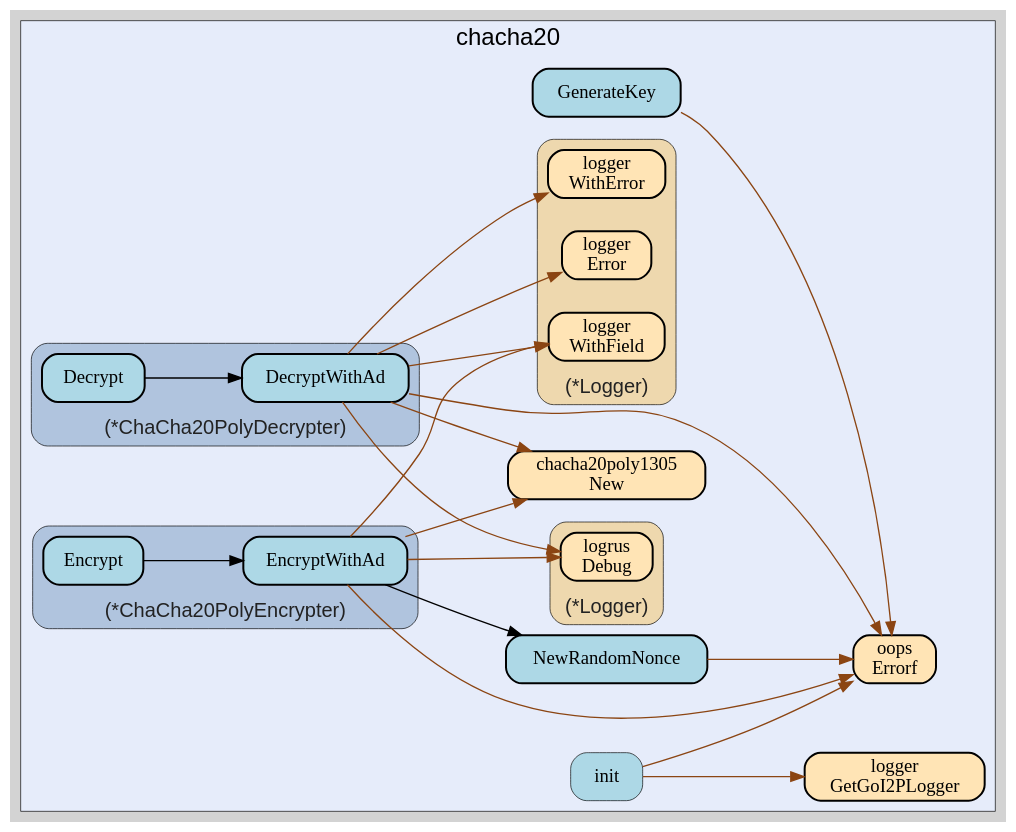
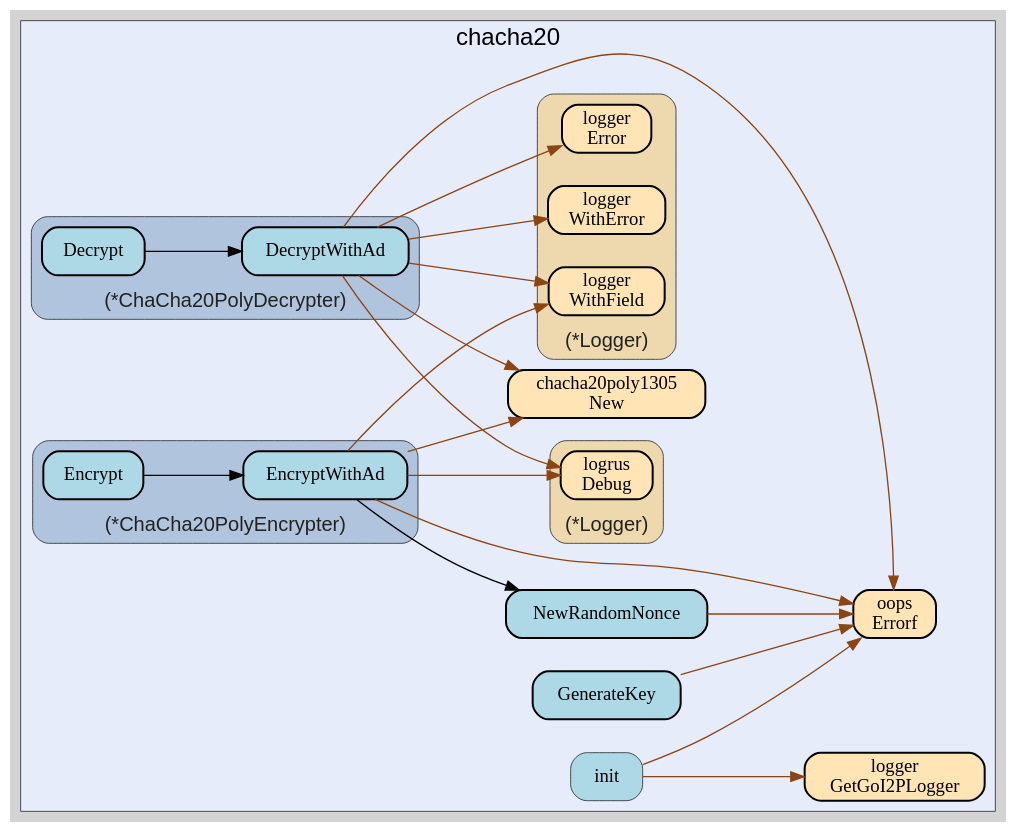
One commit to go-i2p/crypto changed the diagram in chacha20/chacha20.gv. Above: the diagram before and after it, drawn with Graphviz. The commit also changed 21 other files, not shown here.

```diff
--- a/chacha20/chacha20.gv
+++ b/chacha20/chacha20.gv
@@ -14,96 +14,96 @@
     edge [minlen="2"]
 
     subgraph "cluster_focus" {
-        bgcolor="#e6ecfa";
+        fontsize="18";
+bgcolor="#e6ecfa";
 label="chacha20";
 labelloc="t";
 labeljust="c";
-fontsize="18";
         
-        "golang.org/x/crypto/chacha20poly1305.New" [ penwidth="1.5" tooltip="golang.org/x/crypto/chacha20poly1305.New | defined in chacha20poly1305.go:40" fillcolor="moccasin" label="chacha20poly1305\nNew" ]
+        "golang.org/x/crypto/chacha20poly1305.New" [ fillcolor="moccasin" label="chacha20poly1305\nNew" penwidth="1.5" tooltip="golang.org/x/crypto/chacha20poly1305.New | defined in chacha20poly1305.go:40" ]
         "github.com/samber/oops.Errorf" [ fillcolor="moccasin" label="oops\nErrorf" penwidth="1.5" tooltip="github.com/samber/oops.Errorf | defined in oops.go:34" ]
-        "github.com/go-i2p/crypto/chacha20.NewRandomNonce" [ fillcolor="lightblue" label="NewRandomNonce" penwidth="1.5" tooltip="github.com/go-i2p/crypto/chacha20.NewRandomNonce | defined in utils.go:13\nat utils.go:17: calling [github.com/samber/oops.Errorf]" ]
-        "github.com/go-i2p/crypto/chacha20.GenerateKey" [ tooltip="github.com/go-i2p/crypto/chacha20.GenerateKey | defined in chacha20_key.go:12\nat chacha20_key.go:16: calling [github.com/samber/oops.Errorf]" fillcolor="lightblue" label="GenerateKey" penwidth="1.5" ]
-        "github.com/go-i2p/crypto/chacha20.init" [ label="init" penwidth="0.5" tooltip="github.com/go-i2p/crypto/chacha20.init | defined in .:0\nat constants.go:23: calling [github.com/samber/oops.Errorf]\nat constants.go:24: calling [github.com/samber/oops.Errorf]\nat constants.go:25: calling [github.com/samber/oops.Errorf]\nat constants.go:26: calling [github.com/samber/oops.Errorf]\nat constants.go:27: calling [github.com/samber/oops.Errorf]\nat constants.go:10: calling [github.com/go-i2p/logger.GetGoI2PLogger]" fillcolor="lightblue" ]
-        "github.com/go-i2p/logger.GetGoI2PLogger" [ fillcolor="moccasin" label="logger\nGetGoI2PLogger" penwidth="1.5" tooltip="github.com/go-i2p/logger.GetGoI2PLogger | defined in log.go:120" ]
+        "github.com/go-i2p/crypto/chacha20.NewRandomNonce" [ tooltip="github.com/go-i2p/crypto/chacha20.NewRandomNonce | defined in utils.go:13\nat utils.go:17: calling [github.com/samber/oops.Errorf]" fillcolor="lightblue" label="NewRandomNonce" penwidth="1.5" ]
+        "github.com/go-i2p/crypto/chacha20.init" [ fillcolor="lightblue" label="init" penwidth="0.5" tooltip="github.com/go-i2p/crypto/chacha20.init | defined in .:0\nat constants.go:10: calling [github.com/go-i2p/logger.GetGoI2PLogger]\nat constants.go:23: calling [github.com/samber/oops.Errorf]\nat constants.go:24: calling [github.com/samber/oops.Errorf]\nat constants.go:25: calling [github.com/samber/oops.Errorf]\nat constants.go:26: calling [github.com/samber/oops.Errorf]\nat constants.go:27: calling [github.com/samber/oops.Errorf]" ]
+        "github.com/go-i2p/logger.GetGoI2PLogger" [ tooltip="github.com/go-i2p/logger.GetGoI2PLogger | defined in log.go:120" fillcolor="moccasin" label="logger\nGetGoI2PLogger" penwidth="1.5" ]
+        "github.com/go-i2p/crypto/chacha20.GenerateKey" [ fillcolor="lightblue" label="GenerateKey" penwidth="1.5" tooltip="github.com/go-i2p/crypto/chacha20.GenerateKey | defined in chacha20_key.go:12\nat chacha20_key.go:16: calling [github.com/samber/oops.Errorf]" ]
         
         subgraph "cluster_*github.com/go-i2p/crypto/chacha20.ChaCha20PolyDecrypter" {
-        penwidth="0.5";
+        label="(*ChaCha20PolyDecrypter)";
+tooltip="type: *github.com/go-i2p/crypto/chacha20.ChaCha20PolyDecrypter";
 fontsize="15";
 fontcolor="#222222";
+fillcolor="lightsteelblue";
+penwidth="0.5";
+labelloc="b";
 style="rounded,filled";
-tooltip="type: *github.com/go-i2p/crypto/chacha20.ChaCha20PolyDecrypter";
-labelloc="b";
-fillcolor="lightsteelblue";
-label="(*ChaCha20PolyDecrypter)";
         
-        "(*github.com/go-i2p/crypto/chacha20.ChaCha20PolyDecrypter).DecryptWithAd" [ penwidth="1.5" tooltip="(*github.com/go-i2p/crypto/chacha20.ChaCha20PolyDecrypter).DecryptWithAd | defined in chacha20_decrypter.go:20\nat chacha20_decrypter.go:21: calling [(*github.com/sirupsen/logrus.Logger).Debug]\nat chacha20_decrypter.go:45: calling [(*github.com/sirupsen/logrus.Logger).Debug]\nat chacha20_decrypter.go:25: calling [github.com/samber/oops.Errorf]\nat chacha20_decrypter.go:31: calling [github.com/samber/oops.Errorf]\nat chacha20_decrypter.go:21: calling [(*github.com/go-i2p/logger.Logger).WithField]\nat chacha20_decrypter.go:45: calling [(*github.com/go-i2p/logger.Logger).WithField]\nat chacha20_decrypter.go:29: calling [golang.org/x/crypto/chacha20poly1305.New]\nat chacha20_decrypter.go:41: calling [(*github.com/go-i2p/logger.Logger).WithError]\nat chacha20_decrypter.go:41: calling [(*github.com/go-i2p/logger.Logger).Error]" fillcolor="lightblue" label="DecryptWithAd" ]
-        "(*github.com/go-i2p/crypto/chacha20.ChaCha20PolyDecrypter).Decrypt" [ tooltip="(*github.com/go-i2p/crypto/chacha20.ChaCha20PolyDecrypter).Decrypt | defined in chacha20_decrypter.go:15\nat chacha20_decrypter.go:16: calling [(*github.com/go-i2p/crypto/chacha20.ChaCha20PolyDecrypter).DecryptWithAd]" fillcolor="lightblue" label="Decrypt" penwidth="1.5" ]
+        "(*github.com/go-i2p/crypto/chacha20.ChaCha20PolyDecrypter).DecryptWithAd" [ label="DecryptWithAd" penwidth="1.5" tooltip="(*github.com/go-i2p/crypto/chacha20.ChaCha20PolyDecrypter).DecryptWithAd | defined in chacha20_decrypter.go:20\nat chacha20_decrypter.go:21: calling [(*github.com/go-i2p/logger.Logger).WithField]\nat chacha20_decrypter.go:45: calling [(*github.com/go-i2p/logger.Logger).WithField]\nat chacha20_decrypter.go:29: calling [golang.org/x/crypto/chacha20poly1305.New]\nat chacha20_decrypter.go:41: calling [(*github.com/go-i2p/logger.Logger).WithError]\nat chacha20_decrypter.go:25: calling [github.com/samber/oops.Errorf]\nat chacha20_decrypter.go:31: calling [github.com/samber/oops.Errorf]\nat chacha20_decrypter.go:41: calling [(*github.com/go-i2p/logger.Logger).Error]\nat chacha20_decrypter.go:21: calling [(*github.com/sirupsen/logrus.Logger).Debug]\nat chacha20_decrypter.go:45: calling [(*github.com/sirupsen/logrus.Logger).Debug]" fillcolor="lightblue" ]
+        "(*github.com/go-i2p/crypto/chacha20.ChaCha20PolyDecrypter).Decrypt" [ penwidth="1.5" tooltip="(*github.com/go-i2p/crypto/chacha20.ChaCha20PolyDecrypter).Decrypt | defined in chacha20_decrypter.go:15\nat chacha20_decrypter.go:16: calling [(*github.com/go-i2p/crypto/chacha20.ChaCha20PolyDecrypter).DecryptWithAd]" fillcolor="lightblue" label="Decrypt" ]
         
     }
 
         subgraph "cluster_*github.com/go-i2p/crypto/chacha20.ChaCha20PolyEncrypter" {
         penwidth="0.5";
 fontsize="15";
+fontcolor="#222222";
+label="(*ChaCha20PolyEncrypter)";
 labelloc="b";
-label="(*ChaCha20PolyEncrypter)";
-fontcolor="#222222";
 style="rounded,filled";
 fillcolor="lightsteelblue";
 tooltip="type: *github.com/go-i2p/crypto/chacha20.ChaCha20PolyEncrypter";
         
-        "(*github.com/go-i2p/crypto/chacha20.ChaCha20PolyEncrypter).EncryptWithAd" [ fillcolor="lightblue" label="EncryptWithAd" penwidth="1.5" tooltip="(*github.com/go-i2p/crypto/chacha20.ChaCha20PolyEncrypter).EncryptWithAd | defined in chacha20_encrypter.go:21\nat chacha20_encrypter.go:27: calling [github.com/samber/oops.Errorf]\nat chacha20_encrypter.go:31: calling [github.com/go-i2p/crypto/chacha20.NewRandomNonce]\nat chacha20_encrypter.go:22: calling [(*github.com/go-i2p/logger.Logger).WithField]\nat chacha20_encrypter.go:44: calling [(*github.com/go-i2p/logger.Logger).WithField]\nat chacha20_encrypter.go:25: calling [golang.org/x/crypto/chacha20poly1305.New]\nat chacha20_encrypter.go:22: calling [(*github.com/sirupsen/logrus.Logger).Debug]\nat chacha20_encrypter.go:44: calling [(*github.com/sirupsen/logrus.Logger).Debug]" ]
+        "(*github.com/go-i2p/crypto/chacha20.ChaCha20PolyEncrypter).EncryptWithAd" [ penwidth="1.5" tooltip="(*github.com/go-i2p/crypto/chacha20.ChaCha20PolyEncrypter).EncryptWithAd | defined in chacha20_encrypter.go:21\nat chacha20_encrypter.go:25: calling [golang.org/x/crypto/chacha20poly1305.New]\nat chacha20_encrypter.go:22: calling [(*github.com/go-i2p/logger.Logger).WithField]\nat chacha20_encrypter.go:44: calling [(*github.com/go-i2p/logger.Logger).WithField]\nat chacha20_encrypter.go:22: calling [(*github.com/sirupsen/logrus.Logger).Debug]\nat chacha20_encrypter.go:44: calling [(*github.com/sirupsen/logrus.Logger).Debug]\nat chacha20_encrypter.go:27: calling [github.com/samber/oops.Errorf]\nat chacha20_encrypter.go:31: calling [github.com/go-i2p/crypto/chacha20.NewRandomNonce]" fillcolor="lightblue" label="EncryptWithAd" ]
         "(*github.com/go-i2p/crypto/chacha20.ChaCha20PolyEncrypter).Encrypt" [ fillcolor="lightblue" label="Encrypt" penwidth="1.5" tooltip="(*github.com/go-i2p/crypto/chacha20.ChaCha20PolyEncrypter).Encrypt | defined in chacha20_encrypter.go:15\nat chacha20_encrypter.go:16: calling [(*github.com/go-i2p/crypto/chacha20.ChaCha20PolyEncrypter).EncryptWithAd]" ]
         
     }
 
         subgraph "cluster_*github.com/go-i2p/logger.Logger" {
-        style="rounded,filled";
-fillcolor="wheat2";
+        fillcolor="wheat2";
 label="(*Logger)";
 tooltip="type: *github.com/go-i2p/logger.Logger";
 penwidth="0.5";
 fontsize="15";
 fontcolor="#222222";
 labelloc="b";
+style="rounded,filled";
         
-        "(*github.com/go-i2p/logger.Logger).WithField" [ label="logger\nWithField" penwidth="1.5" tooltip="(*github.com/go-i2p/logger.Logger).WithField | defined in log.go:54" fillcolor="moccasin" ]
-        "(*github.com/go-i2p/logger.Logger).WithError" [ penwidth="1.5" tooltip="(*github.com/go-i2p/logger.Logger).WithError | defined in log.go:66" fillcolor="moccasin" label="logger\nWithError" ]
+        "(*github.com/go-i2p/logger.Logger).WithField" [ fillcolor="moccasin" label="logger\nWithField" penwidth="1.5" tooltip="(*github.com/go-i2p/logger.Logger).WithField | defined in log.go:54" ]
+        "(*github.com/go-i2p/logger.Logger).WithError" [ fillcolor="moccasin" label="logger\nWithError" penwidth="1.5" tooltip="(*github.com/go-i2p/logger.Logger).WithError | defined in log.go:66" ]
         "(*github.com/go-i2p/logger.Logger).Error" [ fillcolor="moccasin" label="logger\nError" penwidth="1.5" tooltip="(*github.com/go-i2p/logger.Logger).Error | defined in log.go:42" ]
         
     }
 
         subgraph "cluster_*github.com/sirupsen/logrus.Logger" {
-        label="(*Logger)";
-tooltip="type: *github.com/sirupsen/logrus.Logger";
-penwidth="0.5";
-fontsize="15";
+        fontsize="15";
 fontcolor="#222222";
 labelloc="b";
 style="rounded,filled";
 fillcolor="wheat2";
+label="(*Logger)";
+tooltip="type: *github.com/sirupsen/logrus.Logger";
+penwidth="0.5";
         
-        "(*github.com/sirupsen/logrus.Logger).Debug" [ label="logrus\nDebug" penwidth="1.5" tooltip="(*github.com/sirupsen/logrus.Logger).Debug | defined in logger.go:221" fillcolor="moccasin" ]
+        "(*github.com/sirupsen/logrus.Logger).Debug" [ tooltip="(*github.com/sirupsen/logrus.Logger).Debug | defined in logger.go:221" fillcolor="moccasin" label="logrus\nDebug" penwidth="1.5" ]
         
     }
 
     }
 
-    "(*github.com/go-i2p/crypto/chacha20.ChaCha20PolyDecrypter).DecryptWithAd" -> "(*github.com/sirupsen/logrus.Logger).Debug" [ color="saddlebrown" tooltip="at chacha20_decrypter.go:21: calling [(*github.com/sirupsen/logrus.Logger).Debug]\nat chacha20_decrypter.go:45: calling [(*github.com/sirupsen/logrus.Logger).Debug]" ]
-    "(*github.com/go-i2p/crypto/chacha20.ChaCha20PolyDecrypter).DecryptWithAd" -> "github.com/samber/oops.Errorf" [ tooltip="at chacha20_decrypter.go:25: calling [github.com/samber/oops.Errorf]\nat chacha20_decrypter.go:31: calling [github.com/samber/oops.Errorf]" color="saddlebrown" ]
-    "(*github.com/go-i2p/crypto/chacha20.ChaCha20PolyDecrypter).DecryptWithAd" -> "(*github.com/go-i2p/logger.Logger).WithField" [ tooltip="at chacha20_decrypter.go:21: calling [(*github.com/go-i2p/logger.Logger).WithField]\nat chacha20_decrypter.go:45: calling [(*github.com/go-i2p/logger.Logger).WithField]" color="saddlebrown" ]
-    "(*github.com/go-i2p/crypto/chacha20.ChaCha20PolyEncrypter).EncryptWithAd" -> "github.com/samber/oops.Errorf" [ color="saddlebrown" tooltip="at chacha20_encrypter.go:27: calling [github.com/samber/oops.Errorf]" ]
+    "(*github.com/go-i2p/crypto/chacha20.ChaCha20PolyEncrypter).EncryptWithAd" -> "golang.org/x/crypto/chacha20poly1305.New" [ color="saddlebrown" tooltip="at chacha20_encrypter.go:25: calling [golang.org/x/crypto/chacha20poly1305.New]" ]
+    "(*github.com/go-i2p/crypto/chacha20.ChaCha20PolyDecrypter).DecryptWithAd" -> "(*github.com/go-i2p/logger.Logger).WithField" [ color="saddlebrown" tooltip="at chacha20_decrypter.go:21: calling [(*github.com/go-i2p/logger.Logger).WithField]\nat chacha20_decrypter.go:45: calling [(*github.com/go-i2p/logger.Logger).WithField]" ]
+    "github.com/go-i2p/crypto/chacha20.init" -> "github.com/go-i2p/logger.GetGoI2PLogger" [ color="saddlebrown" tooltip="at constants.go:10: calling [github.com/go-i2p/logger.GetGoI2PLogger]" ]
+    "github.com/go-i2p/crypto/chacha20.init" -> "github.com/samber/oops.Errorf" [ color="saddlebrown" tooltip="at constants.go:23: calling [github.com/samber/oops.Errorf]\nat constants.go:24: calling [github.com/samber/oops.Errorf]\nat constants.go:25: calling [github.com/samber/oops.Errorf]\nat constants.go:26: calling [github.com/samber/oops.Errorf]\nat constants.go:27: calling [github.com/samber/oops.Errorf]" ]
+    "github.com/go-i2p/crypto/chacha20.GenerateKey" -> "github.com/samber/oops.Errorf" [ color="saddlebrown" tooltip="at chacha20_key.go:16: calling [github.com/samber/oops.Errorf]" ]
     "github.com/go-i2p/crypto/chacha20.NewRandomNonce" -> "github.com/samber/oops.Errorf" [ color="saddlebrown" tooltip="at utils.go:17: calling [github.com/samber/oops.Errorf]" ]
-    "(*github.com/go-i2p/crypto/chacha20.ChaCha20PolyEncrypter).EncryptWithAd" -> "github.com/go-i2p/crypto/chacha20.NewRandomNonce" [ tooltip="at chacha20_encrypter.go:31: calling [github.com/go-i2p/crypto/chacha20.NewRandomNonce]" ]
-    "(*github.com/go-i2p/crypto/chacha20.ChaCha20PolyEncrypter).EncryptWithAd" -> "(*github.com/go-i2p/logger.Logger).WithField" [ color="saddlebrown" tooltip="at chacha20_encrypter.go:22: calling [(*github.com/go-i2p/logger.Logger).WithField]\nat chacha20_encrypter.go:44: calling [(*github.com/go-i2p/logger.Logger).WithField]" ]
-    "(*github.com/go-i2p/crypto/chacha20.ChaCha20PolyEncrypter).EncryptWithAd" -> "golang.org/x/crypto/chacha20poly1305.New" [ color="saddlebrown" tooltip="at chacha20_encrypter.go:25: calling [golang.org/x/crypto/chacha20poly1305.New]" ]
-    "github.com/go-i2p/crypto/chacha20.GenerateKey" -> "github.com/samber/oops.Errorf" [ color="saddlebrown" tooltip="at chacha20_key.go:16: calling [github.com/samber/oops.Errorf]" ]
-    "github.com/go-i2p/crypto/chacha20.init" -> "github.com/samber/oops.Errorf" [ color="saddlebrown" tooltip="at constants.go:23: calling [github.com/samber/oops.Errorf]\nat constants.go:24: calling [github.com/samber/oops.Errorf]\nat constants.go:25: calling [github.com/samber/oops.Errorf]\nat constants.go:26: calling [github.com/samber/oops.Errorf]\nat constants.go:27: calling [github.com/samber/oops.Errorf]" ]
     "(*github.com/go-i2p/crypto/chacha20.ChaCha20PolyDecrypter).DecryptWithAd" -> "golang.org/x/crypto/chacha20poly1305.New" [ color="saddlebrown" tooltip="at chacha20_decrypter.go:29: calling [golang.org/x/crypto/chacha20poly1305.New]" ]
     "(*github.com/go-i2p/crypto/chacha20.ChaCha20PolyDecrypter).DecryptWithAd" -> "(*github.com/go-i2p/logger.Logger).WithError" [ color="saddlebrown" tooltip="at chacha20_decrypter.go:41: calling [(*github.com/go-i2p/logger.Logger).WithError]" ]
-    "(*github.com/go-i2p/crypto/chacha20.ChaCha20PolyDecrypter).DecryptWithAd" -> "(*github.com/go-i2p/logger.Logger).Error" [ color="saddlebrown" tooltip="at chacha20_decrypter.go:41: calling [(*github.com/go-i2p/logger.Logger).Error]" ]
+    "(*github.com/go-i2p/crypto/chacha20.ChaCha20PolyEncrypter).Encrypt" -> "(*github.com/go-i2p/crypto/chacha20.ChaCha20PolyEncrypter).EncryptWithAd" [ tooltip="at chacha20_encrypter.go:16: calling [(*github.com/go-i2p/crypto/chacha20.ChaCha20PolyEncrypter).EncryptWithAd]" ]
     "(*github.com/go-i2p/crypto/chacha20.ChaCha20PolyDecrypter).Decrypt" -> "(*github.com/go-i2p/crypto/chacha20.ChaCha20PolyDecrypter).DecryptWithAd" [ tooltip="at chacha20_decrypter.go:16: calling [(*github.com/go-i2p/crypto/chacha20.ChaCha20PolyDecrypter).DecryptWithAd]" ]
+    "(*github.com/go-i2p/crypto/chacha20.ChaCha20PolyEncrypter).EncryptWithAd" -> "(*github.com/go-i2p/logger.Logger).WithField" [ color="saddlebrown" tooltip="at chacha20_encrypter.go:22: calling [(*github.com/go-i2p/logger.Logger).WithField]\nat chacha20_encrypter.go:44: calling [(*github.com/go-i2p/logger.Logger).WithField]" ]
     "(*github.com/go-i2p/crypto/chacha20.ChaCha20PolyEncrypter).EncryptWithAd" -> "(*github.com/sirupsen/logrus.Logger).Debug" [ color="saddlebrown" tooltip="at chacha20_encrypter.go:22: calling [(*github.com/sirupsen/logrus.Logger).Debug]\nat chacha20_encrypter.go:44: calling [(*github.com/sirupsen/logrus.Logger).Debug]" ]
-    "(*github.com/go-i2p/crypto/chacha20.ChaCha20PolyEncrypter).Encrypt" -> "(*github.com/go-i2p/crypto/chacha20.ChaCha20PolyEncrypter).EncryptWithAd" [ tooltip="at chacha20_encrypter.go:16: calling [(*github.com/go-i2p/crypto/chacha20.ChaCha20PolyEncrypter).EncryptWithAd]" ]
-    "github.com/go-i2p/crypto/chacha20.init" -> "github.com/go-i2p/logger.GetGoI2PLogger" [ color="saddlebrown" tooltip="at constants.go:10: calling [github.com/go-i2p/logger.GetGoI2PLogger]" ]
+    "(*github.com/go-i2p/crypto/chacha20.ChaCha20PolyEncrypter).EncryptWithAd" -> "github.com/samber/oops.Errorf" [ color="saddlebrown" tooltip="at chacha20_encrypter.go:27: calling [github.com/samber/oops.Errorf]" ]
+    "(*github.com/go-i2p/crypto/chacha20.ChaCha20PolyEncrypter).EncryptWithAd" -> "github.com/go-i2p/crypto/chacha20.NewRandomNonce" [ tooltip="at chacha20_encrypter.go:31: calling [github.com/go-i2p/crypto/chacha20.NewRandomNonce]" ]
+    "(*github.com/go-i2p/crypto/chacha20.ChaCha20PolyDecrypter).DecryptWithAd" -> "github.com/samber/oops.Errorf" [ color="saddlebrown" tooltip="at chacha20_decrypter.go:25: calling [github.com/samber/oops.Errorf]\nat chacha20_decrypter.go:31: calling [github.com/samber/oops.Errorf]" ]
+    "(*github.com/go-i2p/crypto/chacha20.ChaCha20PolyDecrypter).DecryptWithAd" -> "(*github.com/go-i2p/logger.Logger).Error" [ tooltip="at chacha20_decrypter.go:41: calling [(*github.com/go-i2p/logger.Logger).Error]" color="saddlebrown" ]
+    "(*github.com/go-i2p/crypto/chacha20.ChaCha20PolyDecrypter).DecryptWithAd" -> "(*github.com/sirupsen/logrus.Logger).Debug" [ color="saddlebrown" tooltip="at chacha20_decrypter.go:21: calling [(*github.com/sirupsen/logrus.Logger).Debug]\nat chacha20_decrypter.go:45: calling [(*github.com/sirupsen/logrus.Logger).Debug]" ]
 }
```
